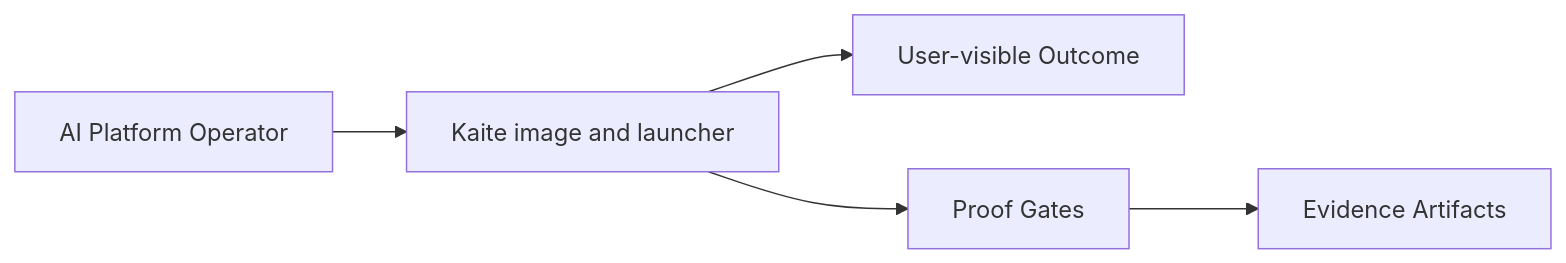
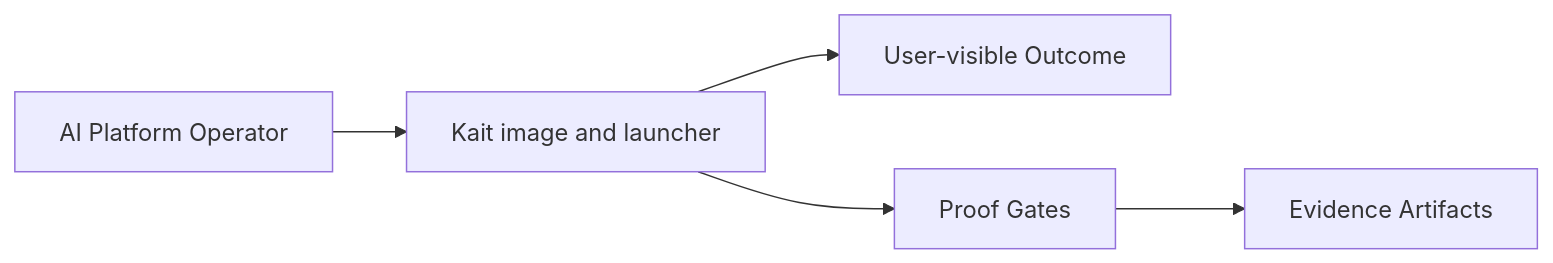
Before and after one commit to alexhraber/kait: the diagram in .decapod/managed/specs/INTENT.md, drawn with Mermaid. The commit also changed other lines of this file and 14 other files, not shown here.

````diff
--- a/.decapod/managed/specs/INTENT.md
+++ b/.decapod/managed/specs/INTENT.md
@@ -55,7 +55,7 @@
 ```mermaid
 flowchart LR
-  U[AI Platform Operator] --> P[Kaite image and launcher]
+  U[AI Platform Operator] --> P[Kait image and launcher]
   P --> O[User-visible Outcome]
   P --> G[Proof Gates]
   G --> E[Evidence Artifacts]
 ```
````
